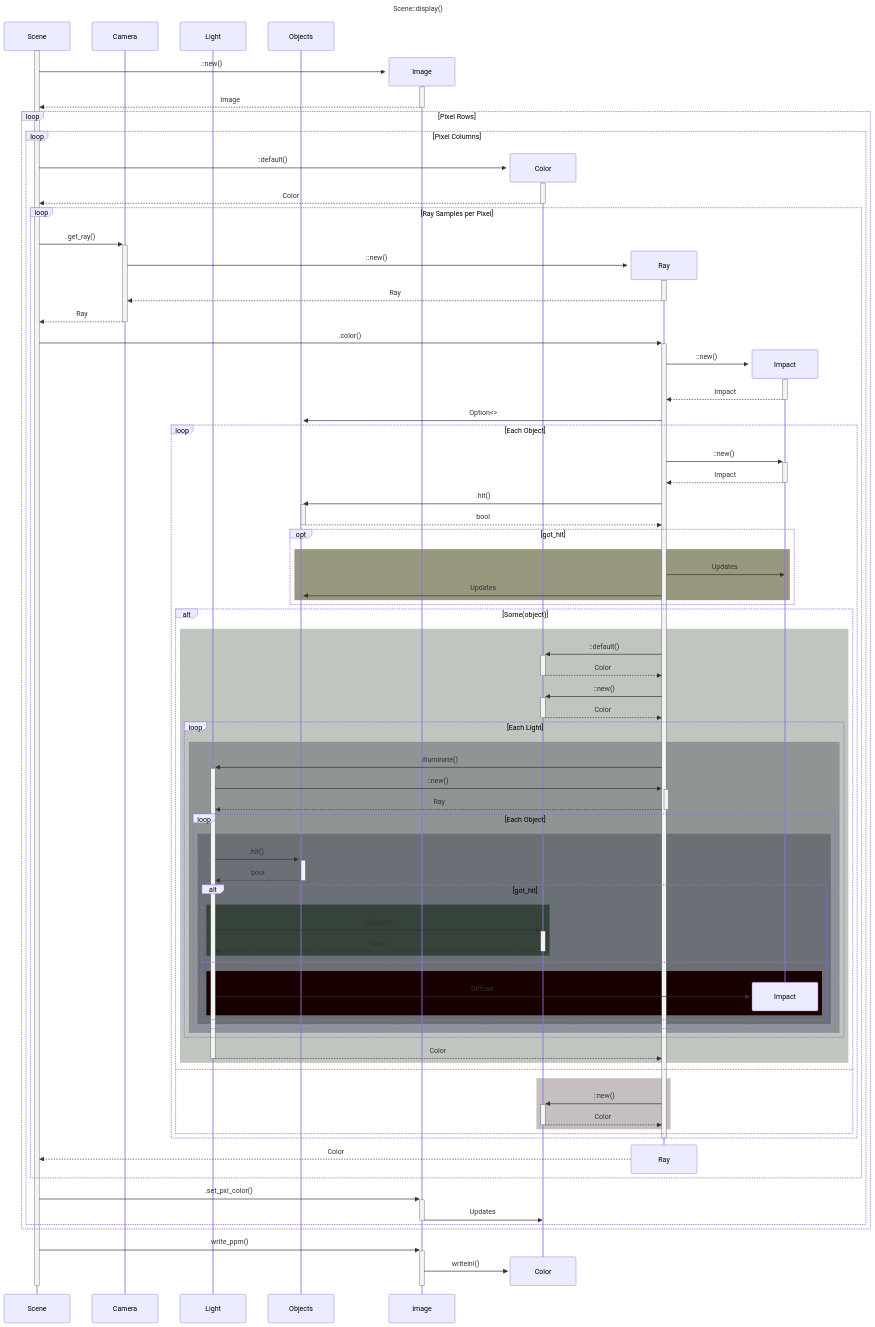
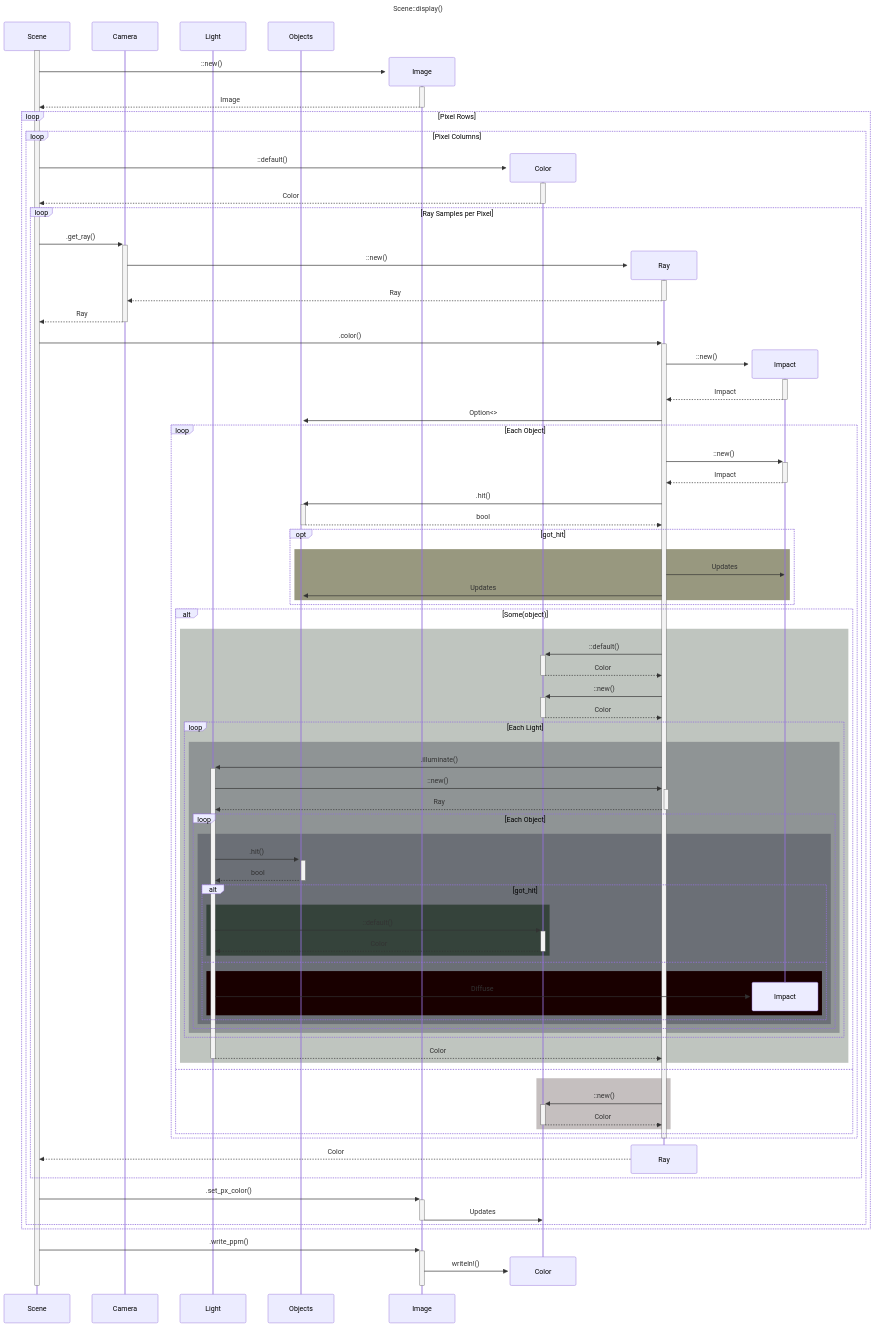
The third of 3 diagrams in README.md (D4rkJvck/ray-tracing), drawn with Mermaid before and after one commit. The commit also changed other lines of this file and 12 other files, not shown here.

```diff
--- a/README.md
+++ b/README.md
@@ -501,7 +501,7 @@
         Ray -->> Scene: Color
       end
 
-      Scene ->>+ Image: .set_pxl_color()
+      Scene ->>+ Image: .set_px_color()
       Image ->>- Color: Updates
     end
   end
```
